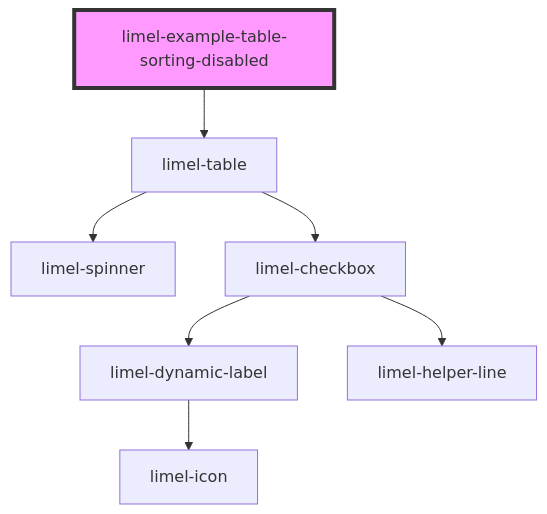
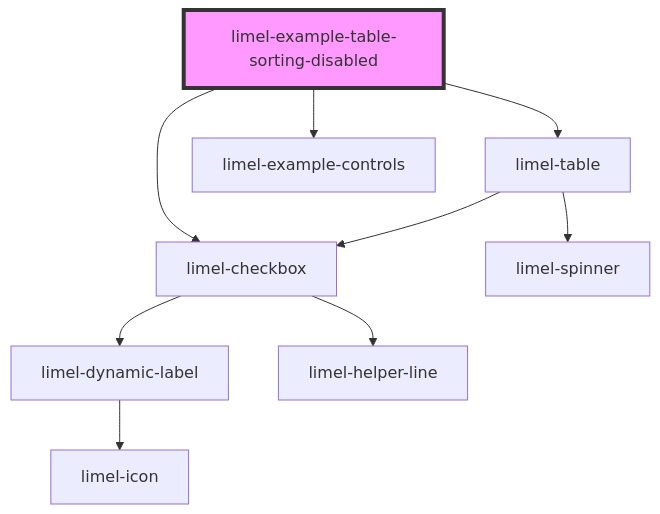
The diagram in versions/PR-3708/markdown-docs/components/table/examples/readme.md (Lundalogik/lime-elements), drawn with Mermaid before and after one commit. The commit also changed other lines of this file and 22 other files, not shown here.

````diff
--- a/versions/PR-3708/markdown-docs/components/table/examples/readme.md
+++ b/versions/PR-3708/markdown-docs/components/table/examples/readme.md
@@ -26,10 +33,12 @@
 ```mermaid
 graph TD;
   limel-example-table-sorting-disabled --> limel-table
+  limel-example-table-sorting-disabled --> limel-example-controls
+  limel-example-table-sorting-disabled --> limel-checkbox
   limel-table --> limel-spinner
   limel-table --> limel-checkbox
   limel-checkbox --> limel-dynamic-label
   limel-checkbox --> limel-helper-line
   limel-dynamic-label --> limel-icon
   style limel-example-table-sorting-disabled fill:#f9f,stroke:#333,stroke-width:4px
 ```
````
